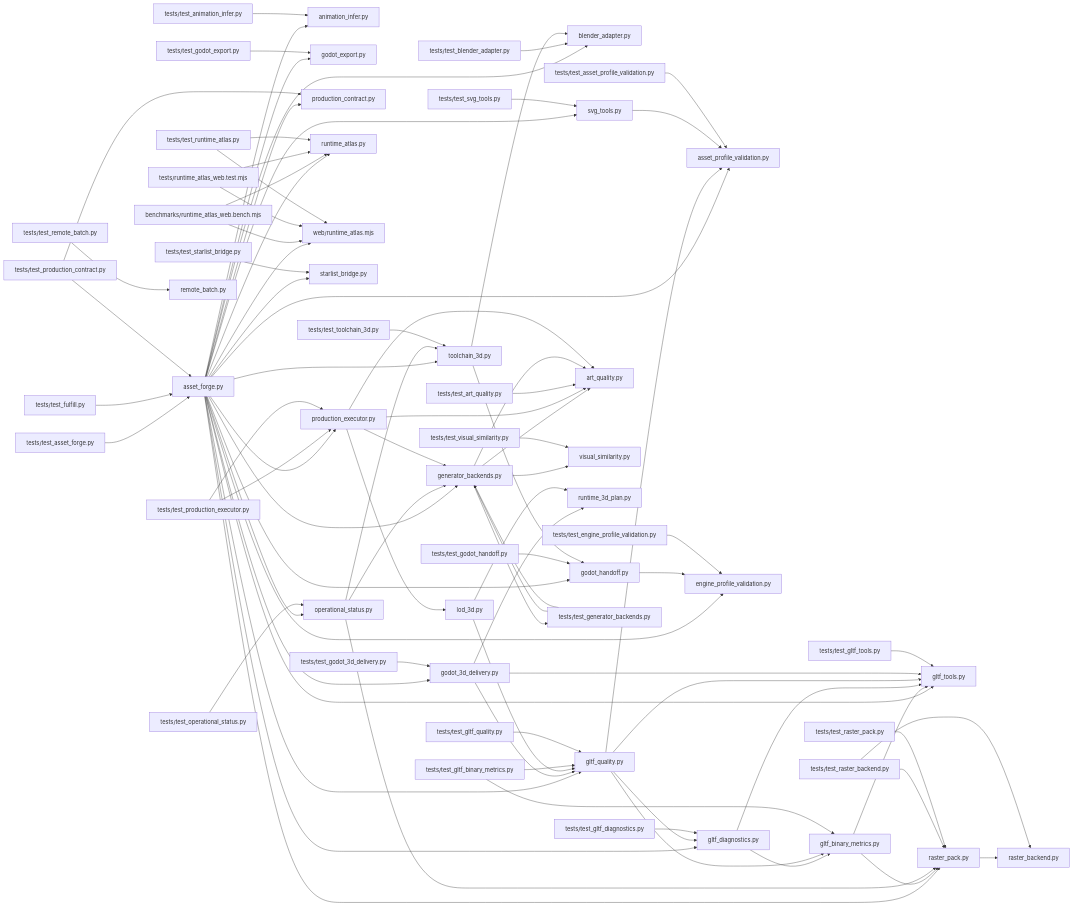
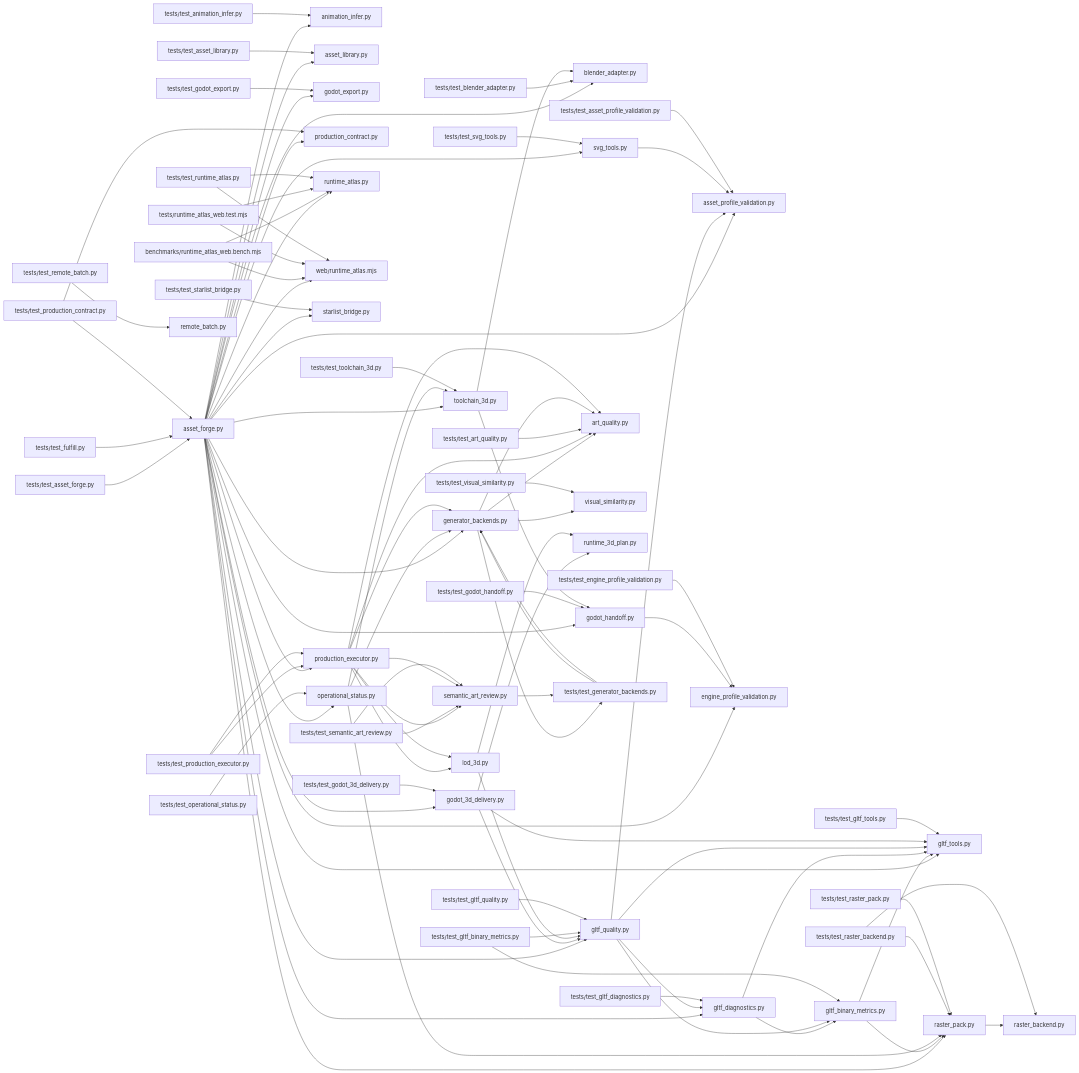
One commit to dbrckk/asset-forge changed the diagram in .ai/brain/architecture.mmd. Above: the diagram before and after it, drawn with Mermaid. The commit also changed 91 other files, not shown here.

```diff
--- a/.ai/brain/architecture.mmd
+++ b/.ai/brain/architecture.mmd
@@ -1,86 +1,94 @@
 flowchart LR
   nf6aaebdb60["asset_forge.py"] --> na6af60504f["animation_infer.py"]
+  nf6aaebdb60["asset_forge.py"] --> n3999d8a6d6["asset_library.py"]
   nf6aaebdb60["asset_forge.py"] --> n0b538ad53a["asset_profile_validation.py"]
   nf6aaebdb60["asset_forge.py"] --> n53f8241bed["blender_adapter.py"]
   nf6aaebdb60["asset_forge.py"] --> n6c970becb0["engine_profile_validation.py"]
   nf6aaebdb60["asset_forge.py"] --> n628d7e8336["generator_backends.py"]
   nf6aaebdb60["asset_forge.py"] --> n75933d141d["gltf_diagnostics.py"]
   nf6aaebdb60["asset_forge.py"] --> n40671eb73f["gltf_quality.py"]
   nf6aaebdb60["asset_forge.py"] --> n603af8be95["gltf_tools.py"]
   nf6aaebdb60["asset_forge.py"] --> n19f6cc30a2["godot_3d_delivery.py"]
   nf6aaebdb60["asset_forge.py"] --> nf513c6f74a["godot_export.py"]
   nf6aaebdb60["asset_forge.py"] --> n4ac24c4308["godot_handoff.py"]
   nf6aaebdb60["asset_forge.py"] --> n8e6c2af7cd["operational_status.py"]
   nf6aaebdb60["asset_forge.py"] --> n053badf172["production_contract.py"]
   nf6aaebdb60["asset_forge.py"] --> nd2e1f874ab["production_executor.py"]
   nf6aaebdb60["asset_forge.py"] --> n812f5d6cd8["raster_pack.py"]
   nf6aaebdb60["asset_forge.py"] --> n5b9c1dbfe7["runtime_atlas.py"]
   nf6aaebdb60["asset_forge.py"] --> nbf71796fb5["web/runtime_atlas.mjs"]
   nf6aaebdb60["asset_forge.py"] --> n60f2773fae["starlist_bridge.py"]
   nf6aaebdb60["asset_forge.py"] --> nd1a9eb18f4["svg_tools.py"]
   nf6aaebdb60["asset_forge.py"] --> n9f52789201["toolchain_3d.py"]
   nf1083f5ce7["benchmarks/runtime_atlas_web.bench.mjs"] --> n5b9c1dbfe7["runtime_atlas.py"]
   nf1083f5ce7["benchmarks/runtime_atlas_web.bench.mjs"] --> nbf71796fb5["web/runtime_atlas.mjs"]
   n628d7e8336["generator_backends.py"] --> n8d2c947be9["art_quality.py"]
   n628d7e8336["generator_backends.py"] --> n138016621f["visual_similarity.py"]
   nf2ad6ffaad["gltf_binary_metrics.py"] --> n603af8be95["gltf_tools.py"]
   nf2ad6ffaad["gltf_binary_metrics.py"] --> n812f5d6cd8["raster_pack.py"]
   n75933d141d["gltf_diagnostics.py"] --> nf2ad6ffaad["gltf_binary_metrics.py"]
   n75933d141d["gltf_diagnostics.py"] --> n603af8be95["gltf_tools.py"]
   n40671eb73f["gltf_quality.py"] --> n0b538ad53a["asset_profile_validation.py"]
   n40671eb73f["gltf_quality.py"] --> nf2ad6ffaad["gltf_binary_metrics.py"]
   n40671eb73f["gltf_quality.py"] --> n75933d141d["gltf_diagnostics.py"]
   n40671eb73f["gltf_quality.py"] --> n603af8be95["gltf_tools.py"]
   n19f6cc30a2["godot_3d_delivery.py"] --> n40671eb73f["gltf_quality.py"]
   n19f6cc30a2["godot_3d_delivery.py"] --> n603af8be95["gltf_tools.py"]
   n19f6cc30a2["godot_3d_delivery.py"] --> n380cc2f323["runtime_3d_plan.py"]
   n4ac24c4308["godot_handoff.py"] --> n6c970becb0["engine_profile_validation.py"]
   n717921bc3d["lod_3d.py"] --> n40671eb73f["gltf_quality.py"]
   n717921bc3d["lod_3d.py"] --> n380cc2f323["runtime_3d_plan.py"]
   n8e6c2af7cd["operational_status.py"] --> n628d7e8336["generator_backends.py"]
   n8e6c2af7cd["operational_status.py"] --> n812f5d6cd8["raster_pack.py"]
   n8e6c2af7cd["operational_status.py"] --> n9f52789201["toolchain_3d.py"]
   nd2e1f874ab["production_executor.py"] --> n8d2c947be9["art_quality.py"]
   nd2e1f874ab["production_executor.py"] --> n628d7e8336["generator_backends.py"]
+  nd2e1f874ab["production_executor.py"] --> n717921bc3d["lod_3d.py"]
+  nd2e1f874ab["production_executor.py"] --> n34d09e1079["semantic_art_review.py"]
   n812f5d6cd8["raster_pack.py"] --> n1f573e1b00["raster_backend.py"]
   nd1a9eb18f4["svg_tools.py"] --> n0b538ad53a["asset_profile_validation.py"]
   n6d6a7f3f5f["tests/runtime_atlas_web.test.mjs"] --> n5b9c1dbfe7["runtime_atlas.py"]
   n6d6a7f3f5f["tests/runtime_atlas_web.test.mjs"] --> nbf71796fb5["web/runtime_atlas.mjs"]
   ndd9a4fb45c["tests/test_animation_infer.py"] --> na6af60504f["animation_infer.py"]
   nd3b6d2e9bf["tests/test_art_quality.py"] --> n8d2c947be9["art_quality.py"]
   na7d4387d3f["tests/test_asset_forge.py"] --> nf6aaebdb60["asset_forge.py"]
+  nd8f3ab5afe["tests/test_asset_library.py"] --> n3999d8a6d6["asset_library.py"]
   necd522caf1["tests/test_asset_profile_validation.py"] --> n0b538ad53a["asset_profile_validation.py"]
   n0b5e01c792["tests/test_blender_adapter.py"] --> n53f8241bed["blender_adapter.py"]
   n69f8299d4b["tests/test_engine_profile_validation.py"] --> n6c970becb0["engine_profile_validation.py"]
   n8020ce18e3["tests/test_fulfill.py"] --> nf6aaebdb60["asset_forge.py"]
   n3669c12588["tests/test_generator_backends.py"] --> n628d7e8336["generator_backends.py"]
   nd70a422de4["tests/test_gltf_binary_metrics.py"] --> nf2ad6ffaad["gltf_binary_metrics.py"]
   nd70a422de4["tests/test_gltf_binary_metrics.py"] --> n40671eb73f["gltf_quality.py"]
   nfb115d84b9["tests/test_gltf_diagnostics.py"] --> n75933d141d["gltf_diagnostics.py"]
   n9879eb7c58["tests/test_gltf_quality.py"] --> n40671eb73f["gltf_quality.py"]
   nbe4b566f23["tests/test_gltf_tools.py"] --> n603af8be95["gltf_tools.py"]
   n5132dff4b4["tests/test_godot_3d_delivery.py"] --> n19f6cc30a2["godot_3d_delivery.py"]
   n765e2032dc["tests/test_godot_export.py"] --> nf513c6f74a["godot_export.py"]
   n796d12e7ad["tests/test_godot_handoff.py"] --> n4ac24c4308["godot_handoff.py"]
   nae44096017["tests/test_operational_status.py"] --> n8e6c2af7cd["operational_status.py"]
   n2bf208ea95["tests/test_production_contract.py"] --> nf6aaebdb60["asset_forge.py"]
   n2bf208ea95["tests/test_production_contract.py"] --> n053badf172["production_contract.py"]
   n7bb7caee30["tests/test_production_executor.py"] --> nd2e1f874ab["production_executor.py"]
   nfa190699df["tests/test_raster_backend.py"] --> n1f573e1b00["raster_backend.py"]
   nfa190699df["tests/test_raster_backend.py"] --> n812f5d6cd8["raster_pack.py"]
   nacd4f64dad["tests/test_raster_pack.py"] --> n812f5d6cd8["raster_pack.py"]
   ncdb28658b5["tests/test_remote_batch.py"] --> nfa0ff63ea9["remote_batch.py"]
   n648bc622f8["tests/test_runtime_atlas.py"] --> n5b9c1dbfe7["runtime_atlas.py"]
   n648bc622f8["tests/test_runtime_atlas.py"] --> nbf71796fb5["web/runtime_atlas.mjs"]
+  n95de5055fd["tests/test_semantic_art_review.py"] --> n34d09e1079["semantic_art_review.py"]
   n741d12fac4["tests/test_starlist_bridge.py"] --> n60f2773fae["starlist_bridge.py"]
   n9799642b7e["tests/test_svg_tools.py"] --> nd1a9eb18f4["svg_tools.py"]
   n67da2e7cde["tests/test_toolchain_3d.py"] --> n9f52789201["toolchain_3d.py"]
   nb1c19216ea["tests/test_visual_similarity.py"] --> n138016621f["visual_similarity.py"]
   n9f52789201["toolchain_3d.py"] --> n53f8241bed["blender_adapter.py"]
   n9f52789201["toolchain_3d.py"] --> n4ac24c4308["godot_handoff.py"]
   n628d7e8336["generator_backends.py"] --> n8d2c947be9["art_quality.py"]
   nd2e1f874ab["production_executor.py"] --> n8d2c947be9["art_quality.py"]
   n3669c12588["tests/test_generator_backends.py"] --> n628d7e8336["generator_backends.py"]
   nd2e1f874ab["production_executor.py"] --> n717921bc3d["lod_3d.py"]
   n7bb7caee30["tests/test_production_executor.py"] --> nd2e1f874ab["production_executor.py"]
   n628d7e8336["generator_backends.py"] --> n3669c12588["tests/test_generator_backends.py"]
+  n34d09e1079["semantic_art_review.py"] --> n3669c12588["tests/test_generator_backends.py"]
+  nd2e1f874ab["production_executor.py"] --> n34d09e1079["semantic_art_review.py"]
+  n95de5055fd["tests/test_semantic_art_review.py"] --> n34d09e1079["semantic_art_review.py"]
```
